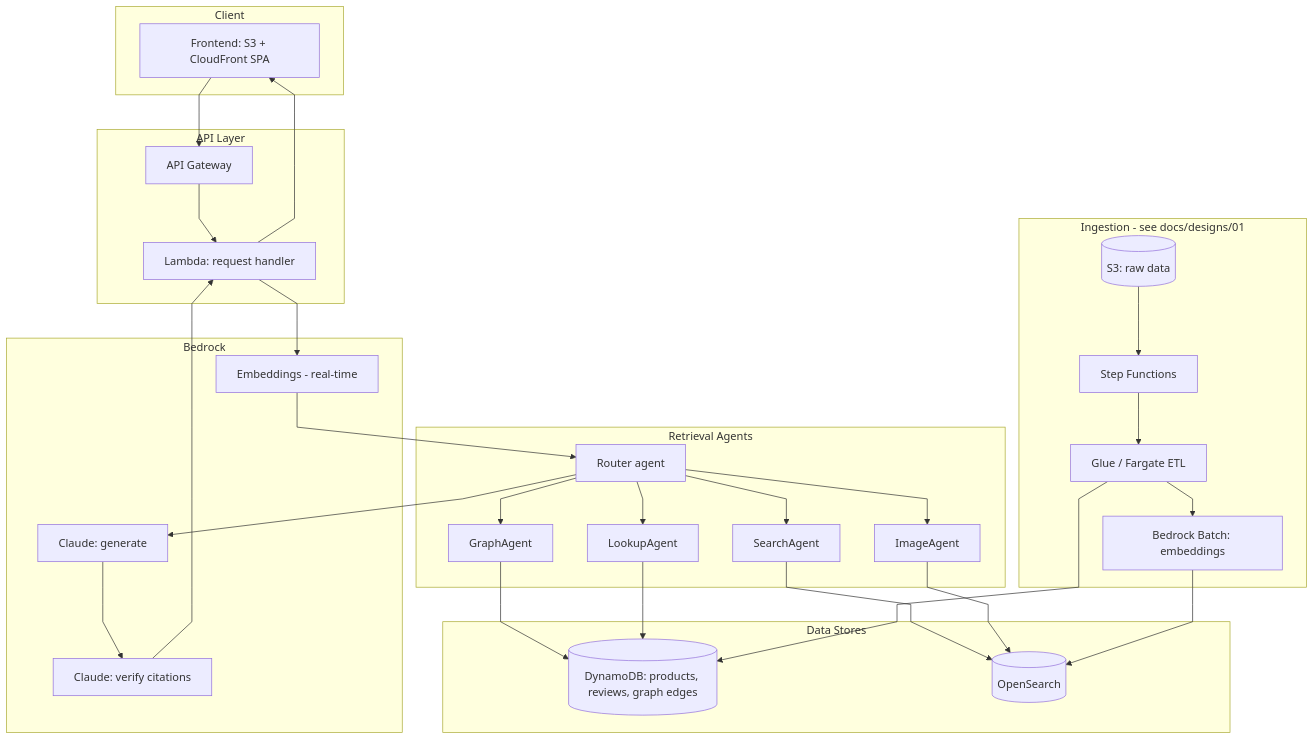
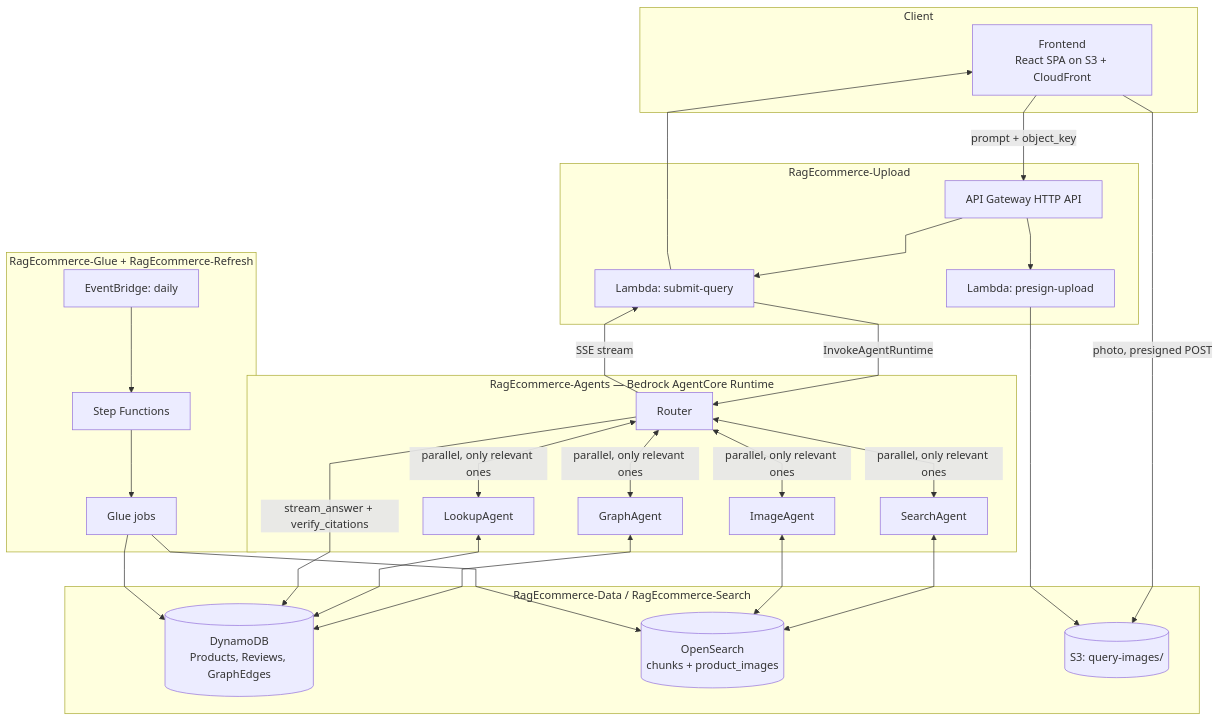
The first of 4 diagrams in README.md (Swati32/RAG-Multimodal-Ecommerce), drawn with Mermaid before and after one commit. The commit also changed other lines of this file, not shown here.

First line of the commit message:
Rewrite README as a high-level architecture overview

````diff
--- a/README.md
+++ b/README.md
@@ -9,51 +15,53 @@
 ```mermaid
 %%{init: {'flowchart': {'curve': 'linear'}}}%%
 flowchart TB
     subgraph Client
-        FE[Frontend: S3 + CloudFront SPA]
+        FE["Frontend<br/>React SPA on S3 + CloudFront"]
     end
 
-    subgraph API Layer
-        APIGW[API Gateway]
-        LAMBDA[Lambda: request handler]
+    subgraph API["RagEcommerce-Upload"]
+        APIGW[API Gateway HTTP API]
+        PRESIGN["Lambda: presign-upload"]
+        SUBMIT["Lambda: submit-query"]
     end
 
-    subgraph Retrieval Agents
-        RTR[Router agent]
+    subgraph Agents["RagEcommerce-Agents — Bedrock AgentCore Runtime"]
+        RTR[Router]
         SRCH[SearchAgent]
         IMG[ImageAgent]
         GRF[GraphAgent]
         LKP[LookupAgent]
     end
 
-    subgraph Data Stores
-        DDB[(DynamoDB: products, reviews, graph edges)]
-        OS[(OpenSearch)]
+    subgraph Data["RagEcommerce-Data / RagEcommerce-Search"]
+        DDB[(DynamoDB<br/>Products, Reviews, GraphEdges)]
+        OS[(OpenSearch<br/>chunks + product_images)]
+        S3Q[(S3: query-images/)]
     end
 
-    subgraph Bedrock
-        EMB[Embeddings - real-time]
-        GEN[Claude: generate]
-        VER[Claude: verify citations]
+    subgraph Ingestion["RagEcommerce-Glue + RagEcommerce-Refresh"]
+        SF[Step Functions]
+        GLUE[Glue jobs]
+        EB[EventBridge: daily]
     end
 
-    subgraph Ingestion - see docs/designs/01
-        S3RAW[(S3: raw data)]
-        SF[Step Functions]
-        ETL[Glue / Fargate ETL]
-        BATCH[Bedrock Batch: embeddings]
-    end
+    FE -->|photo, presigned POST| S3Q
+    FE -->|prompt + object_key| APIGW
+    APIGW --> PRESIGN --> S3Q
+    APIGW --> SUBMIT
+    SUBMIT -->|InvokeAgentRuntime| RTR
+    RTR <-->|parallel, only relevant ones| SRCH
+    RTR <-->|parallel, only relevant ones| IMG
+    RTR <-->|parallel, only relevant ones| GRF
+    RTR <-->|parallel, only relevant ones| LKP
+    SRCH <--> OS
+    IMG <--> OS
+    GRF <--> DDB
+    LKP <--> DDB
+    RTR -->|stream_answer + verify_citations| DDB
+    RTR -->|SSE stream| SUBMIT --> FE
 
-    FE --> APIGW --> LAMBDA
-    LAMBDA --> EMB --> RTR
-    RTR --> SRCH --> OS
-    RTR --> IMG --> OS
-    RTR --> GRF --> DDB
-    RTR --> LKP --> DDB
-    RTR --> GEN --> VER --> LAMBDA
-    LAMBDA --> FE
-
-    S3RAW --> SF --> ETL
-    ETL --> DDB
-    ETL --> BATCH --> OS
+    EB --> SF --> GLUE
+    GLUE --> DDB
+    GLUE --> OS
 ```
````
